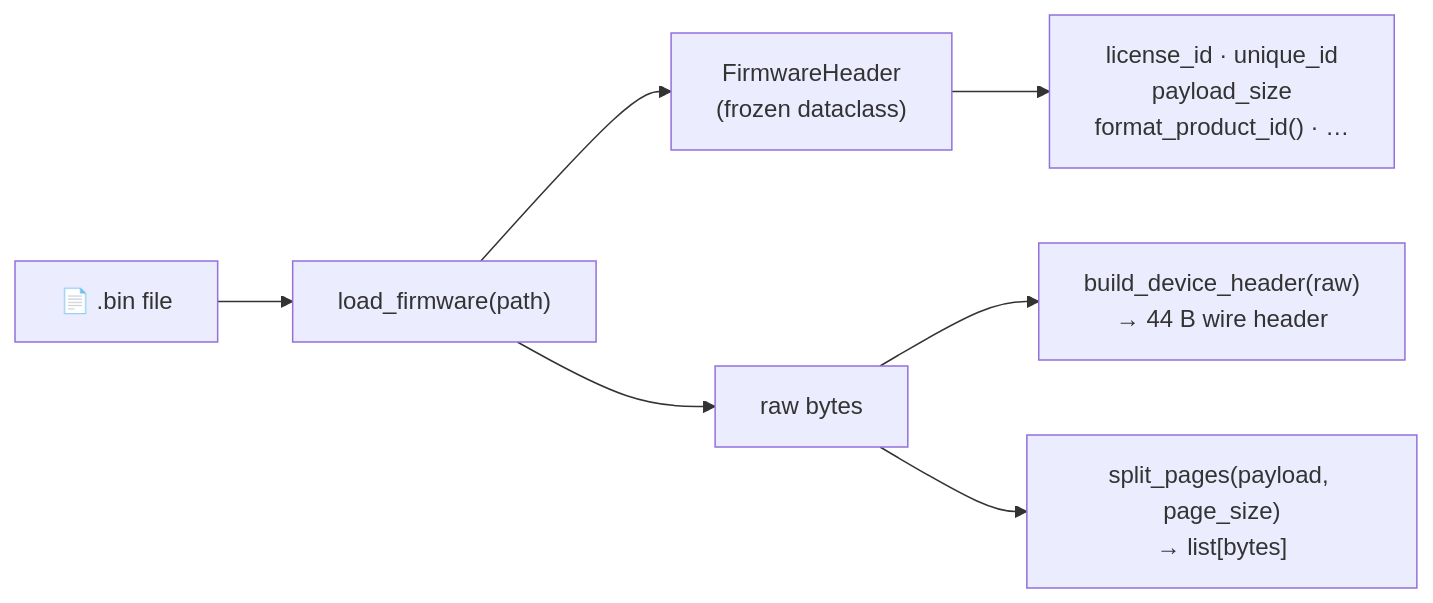
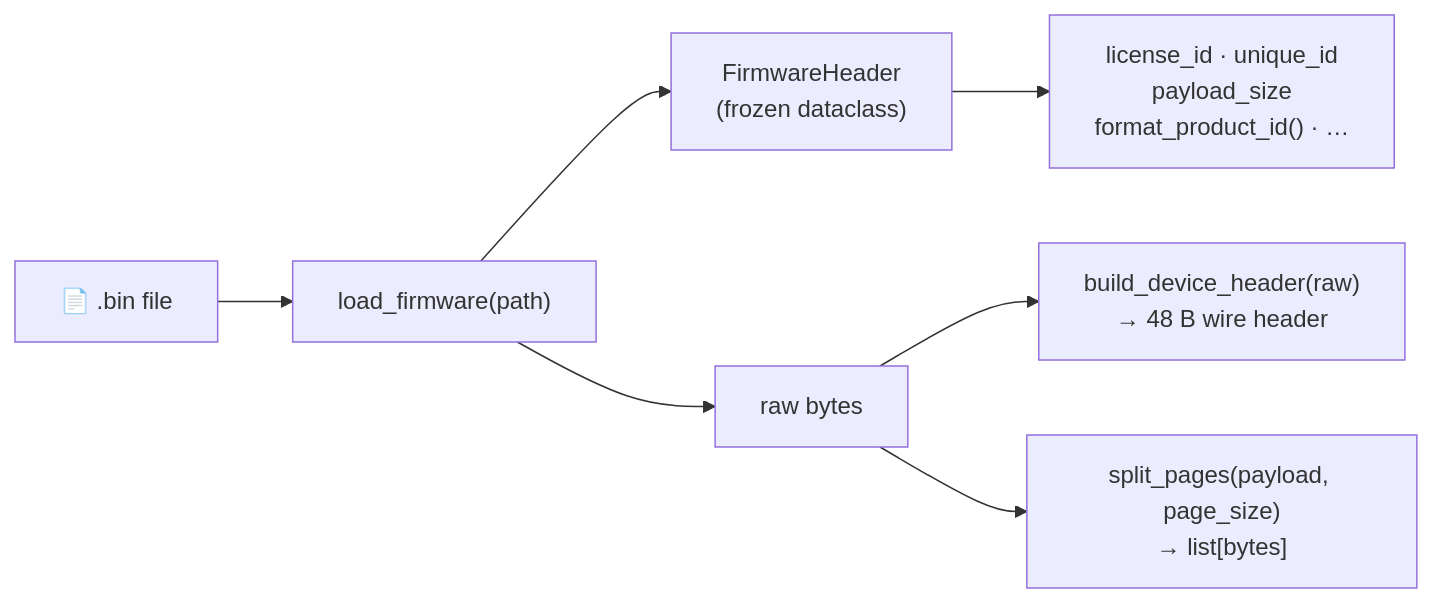
The third of 3 diagrams in docs/FIRMWARE_FORMAT.md (niwciu/SecureLoader), drawn with Mermaid before and after one commit. The commit also changed other lines of this file and 5 other files, not shown here.

First line of the commit message:
fix: transmit full 48-byte wire header in CMD_START (prevAppVersion was stripped)

````diff
--- a/docs/FIRMWARE_FORMAT.md
+++ b/docs/FIRMWARE_FORMAT.md
@@ -203,9 +201,9 @@
 ```mermaid
 flowchart LR
     file["📄 .bin file"] --> lf["load_firmware(path)"]
     lf --> hdr["FirmwareHeader\n(frozen dataclass)"]
     lf --> raw["raw bytes"]
-    raw --> bdh["build_device_header(raw)\n→ 44 B wire header"]
+    raw --> bdh["build_device_header(raw)\n→ 48 B wire header"]
     raw --> sp["split_pages(payload, page_size)\n→ list[bytes]"]
     hdr --> fields["license_id · unique_id\npayload_size\nformat_product_id() · …"]
 ```
````
